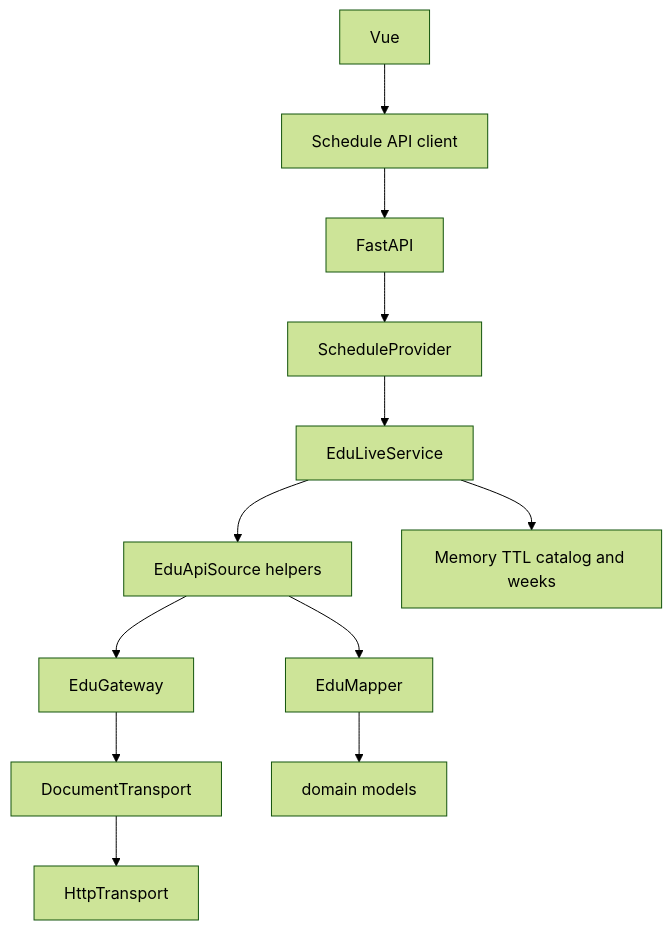
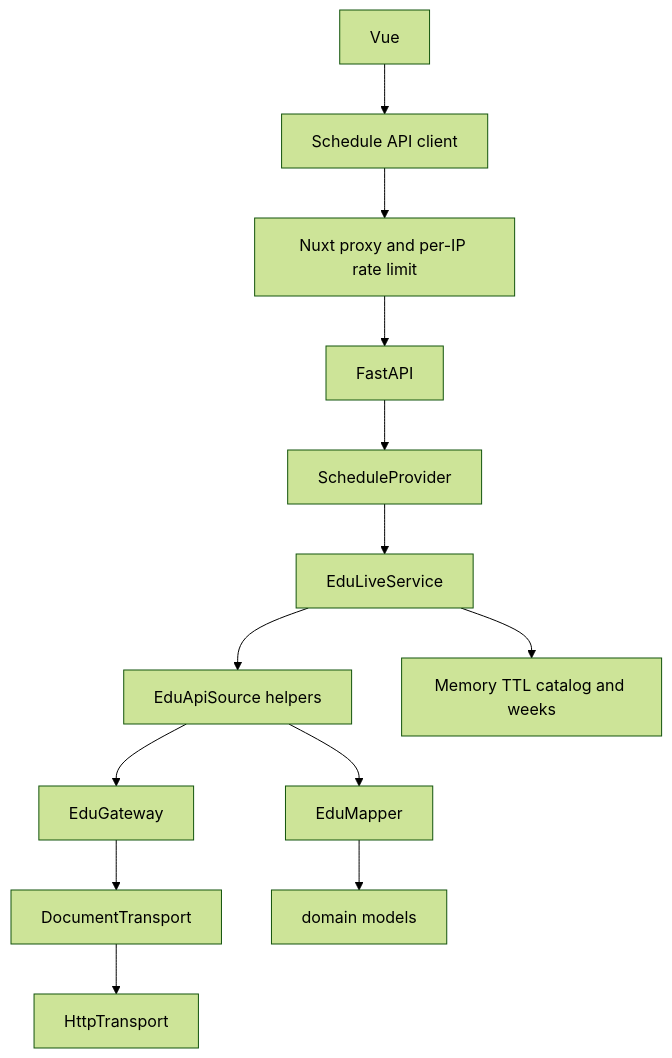
One commit to XLasel/misisync changed the diagram in docs/architecture.md. Above: the diagram before and after it, drawn with Mermaid (forest theme). The commit also changed other lines of this file and 20 other files, not shown here.

````diff
--- a/docs/architecture.md
+++ b/docs/architecture.md
@@ -5,14 +5,15 @@
 ```mermaid
 flowchart TD
     UI[Vue] --> Client[Schedule API client]
-    Client --> HTTPAPI[FastAPI]
+    Client --> Proxy[Nuxt proxy and per-IP rate limit]
+    Proxy --> HTTPAPI[FastAPI]
     HTTPAPI --> Provider[ScheduleProvider]
     Provider --> Live[EduLiveService]
     Live --> Edu[EduApiSource helpers]
     Edu --> Gateway[EduGateway]
     Edu --> EduMap[EduMapper]
     Gateway --> Transport[DocumentTransport]
     Transport --> HTTP[HttpTransport]
     Live --> MemCache[Memory TTL catalog and weeks]
     EduMap --> Domain[domain models]
 ```
````
